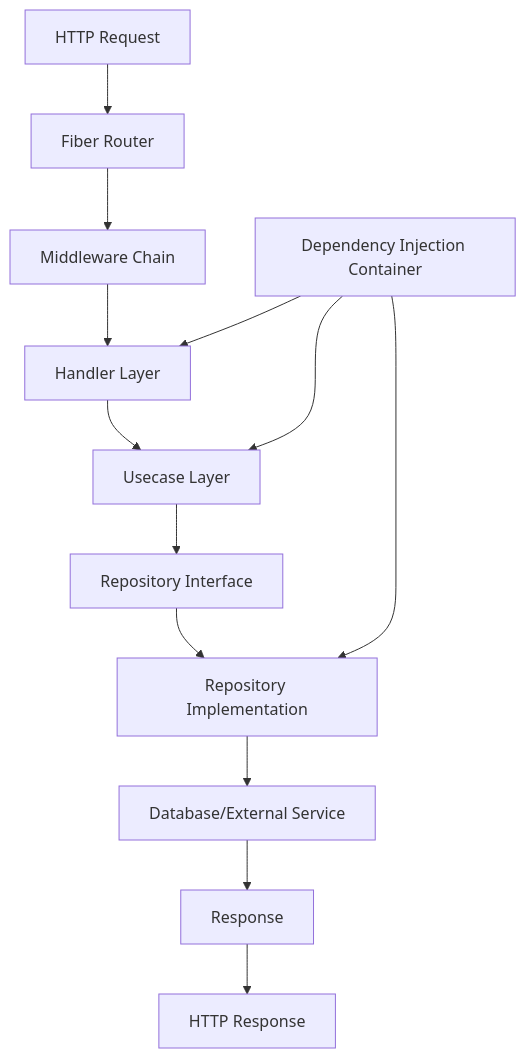
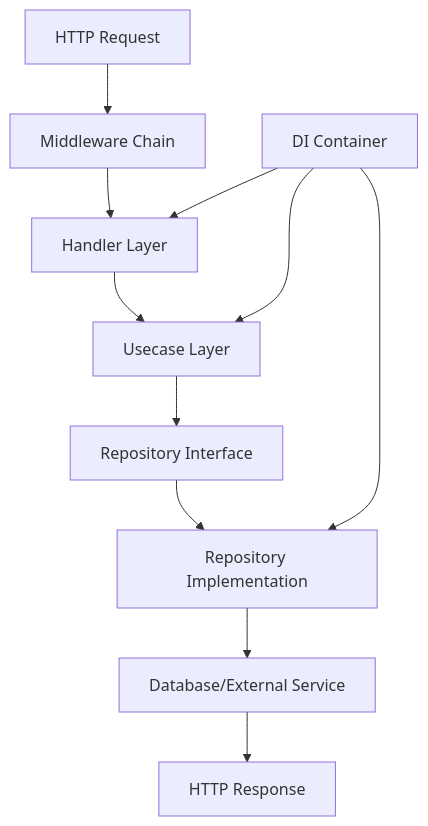
The diagram in .agents/rules/memory-bank/architecture.md (zercle/gofiber-skeleton), drawn with Mermaid before and after one commit. The commit also changed other lines of this file and 5 other files, not shown here.

````diff
--- a/.agents/rules/memory-bank/architecture.md
+++ b/.agents/rules/memory-bank/architecture.md
@@ -53,16 +44,14 @@
 ```mermaid
 graph TD
-    A[HTTP Request] --> B[Fiber Router]
-    B --> C[Middleware Chain]
-    C --> D[Handler Layer]
-    D --> E[Usecase Layer]
-    E --> F[Repository Interface]
-    F --> G[Repository Implementation]
-    G --> H[Database/External Service]
-    H --> I[Response]
-    I --> J[HTTP Response]
+    A[HTTP Request] --> B[Middleware Chain]
+    B --> C[Handler Layer]
+    C --> D[Usecase Layer]
+    D --> E[Repository Interface]
+    E --> F[Repository Implementation]
+    F --> G[Database/External Service]
+    G --> H[HTTP Response]
     
-    K[Dependency Injection Container] --> D
-    K --> E
-    K --> G
+    I[DI Container] --> C
+    I --> D
+    I --> F
 ```
````
